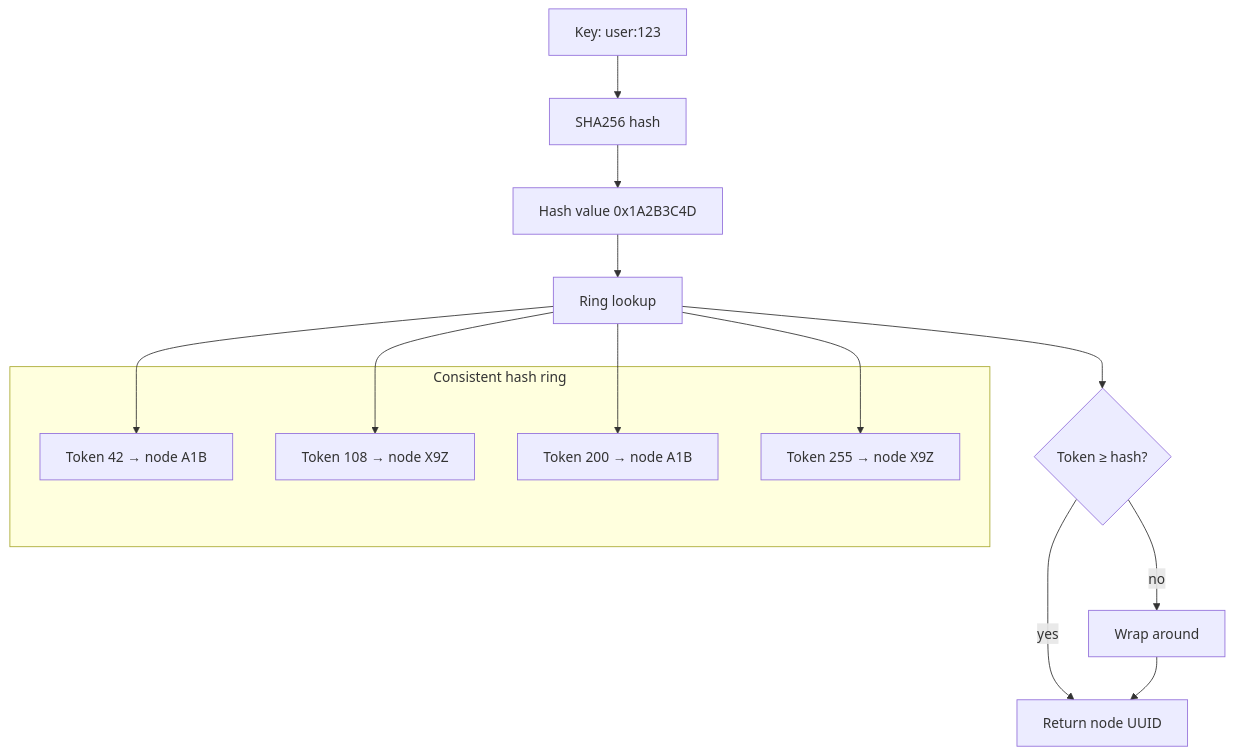
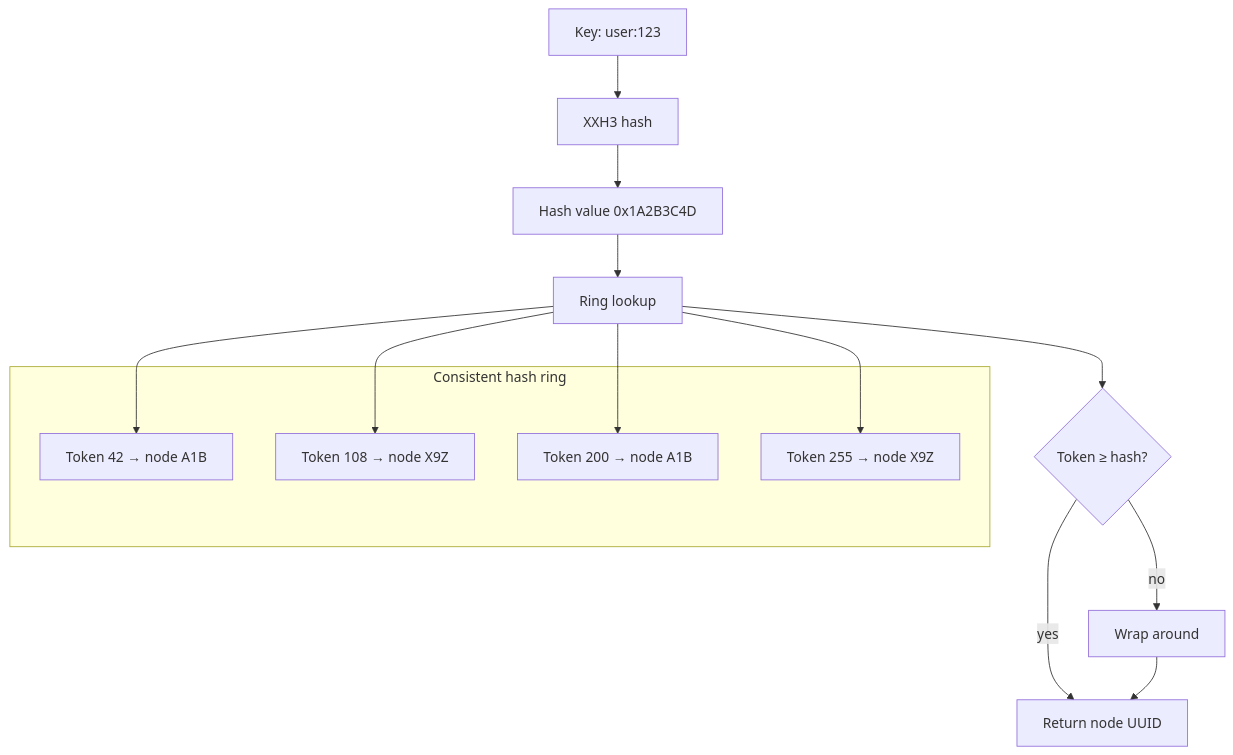
Before and after one commit to cameodb/cameodb: the first of 2 diagrams in crates/cluster/README.md, drawn with Mermaid. The commit also changed other lines of this file and 8 other files, not shown here.

First line of the commit message:
refactor: replace SHA256 with XXH3 for consistent hashing and improve code quality

````diff
--- a/crates/cluster/README.md
+++ b/crates/cluster/README.md
@@ -76,22 +75,22 @@
 ```mermaid
 flowchart TD
-    key["Key: user:123"] --> hash["SHA256 hash"]
+    key["Key: user:123"] --> hash["XXH3 hash"]
     hash --> value["Hash value 0x1A2B3C4D"]
     value --> lookup["Ring lookup"]
     lookup --> decision{Token ≥ hash?}
     decision -->|yes| owner["Return node UUID"]
     decision -->|no| wrap["Wrap around"]
     wrap --> owner
 
     subgraph Ring["Consistent hash ring"]
         token1["Token 42 → node A1B"]
         token2["Token 108 → node X9Z"]
         token3["Token 200 → node A1B"]
         token4["Token 255 → node X9Z"]
     end
 
     lookup --> token1
     lookup --> token2
     lookup --> token3
     lookup --> token4
 ```
````
